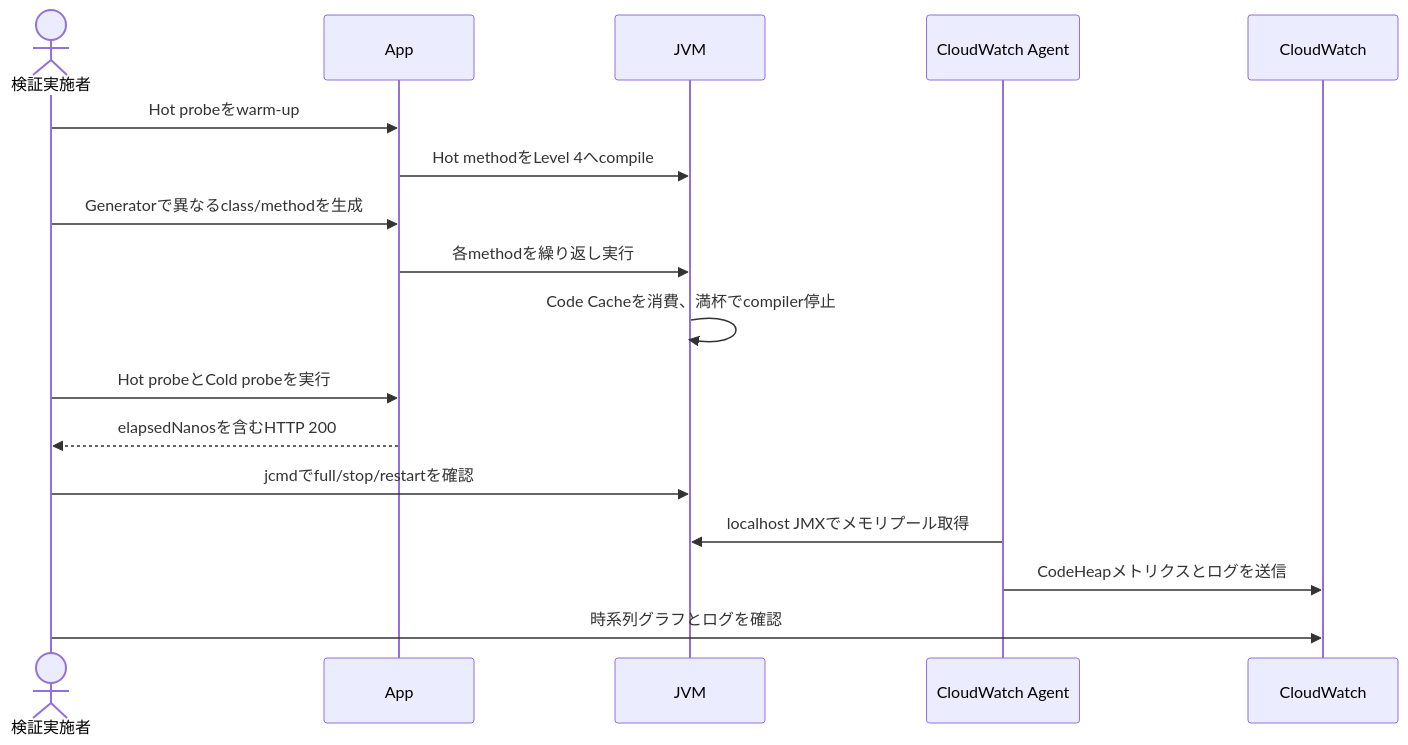
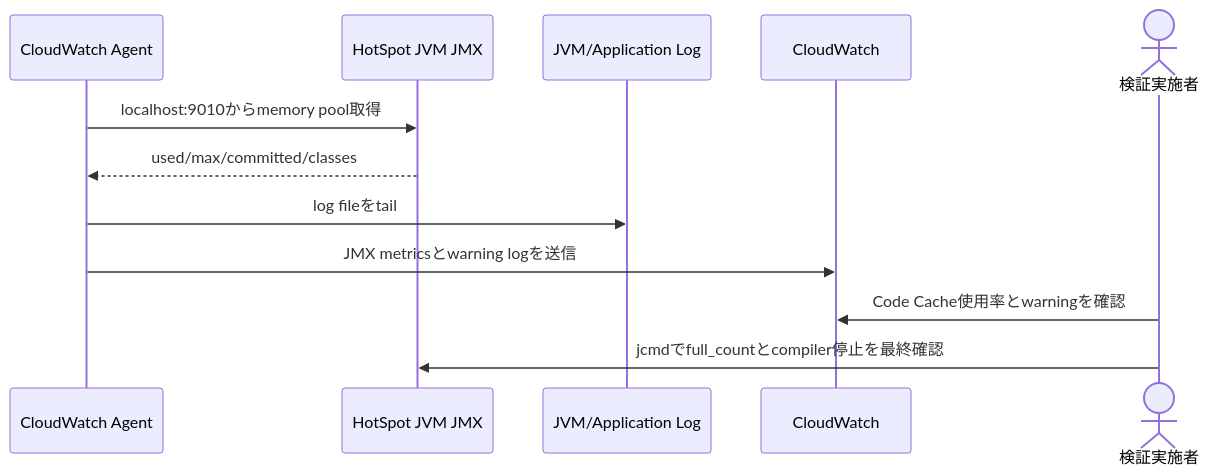
One commit to YutaSSuzuki/code_cashe_kenshou changed the seventh of 7 diagrams in docs/architecture/runtime-flow.md. Above: the diagram before and after it, drawn with Mermaid. The commit also changed other lines of this file and 3 other files, not shown here.

Commit message:
Document code cache runtime flow

````diff
--- a/docs/architecture/runtime-flow.md
+++ b/docs/architecture/runtime-flow.md
@@ -13,20 +354,15 @@
 ```mermaid
 sequenceDiagram
+    participant Agent as CloudWatch Agent
+    participant JVM as HotSpot JVM JMX
+    participant Logs as JVM/Application Log
+    participant CW as CloudWatch
     actor Engineer as 検証実施者
-    participant App
-    participant JVM
-    participant Agent as CloudWatch Agent
-    participant CW as CloudWatch
 
-    Engineer->>App: Hot probeをwarm-up
-    App->>JVM: Hot methodをLevel 4へcompile
-    Engineer->>App: Generatorで異なるclass/methodを生成
-    App->>JVM: 各methodを繰り返し実行
-    JVM->>JVM: Code Cacheを消費、満杯でcompiler停止
-    Engineer->>App: Hot probeとCold probeを実行
-    App-->>Engineer: elapsedNanosを含むHTTP 200
-    Engineer->>JVM: jcmdでfull/stop/restartを確認
-    Agent->>JVM: localhost JMXでメモリプール取得
-    Agent->>CW: CodeHeapメトリクスとログを送信
-    Engineer->>CW: 時系列グラフとログを確認
+    Agent->>JVM: localhost:9010からmemory pool取得
+    JVM-->>Agent: used/max/committed/classes
+    Agent->>Logs: log fileをtail
+    Agent->>CW: JMX metricsとwarning logを送信
+    Engineer->>CW: Code Cache使用率とwarningを確認
+    Engineer->>JVM: jcmdでfull_countとcompiler停止を最終確認
 ```
````
